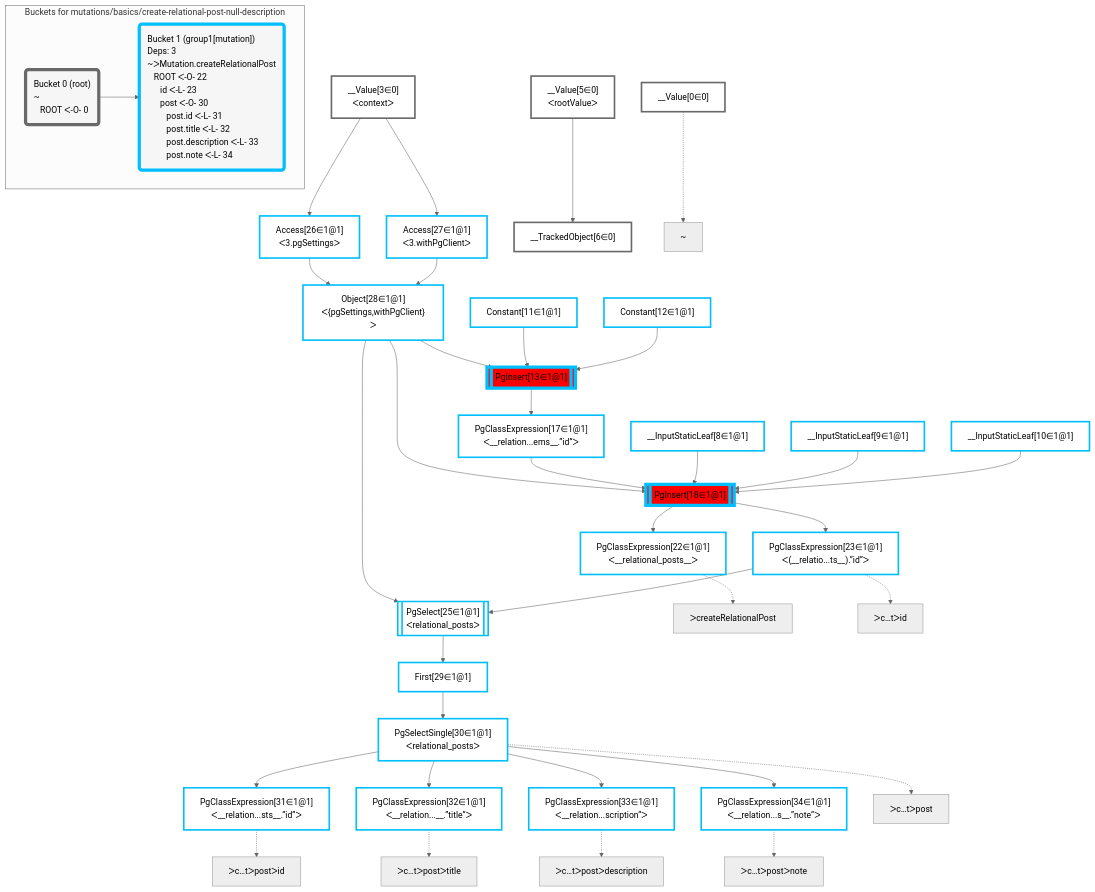
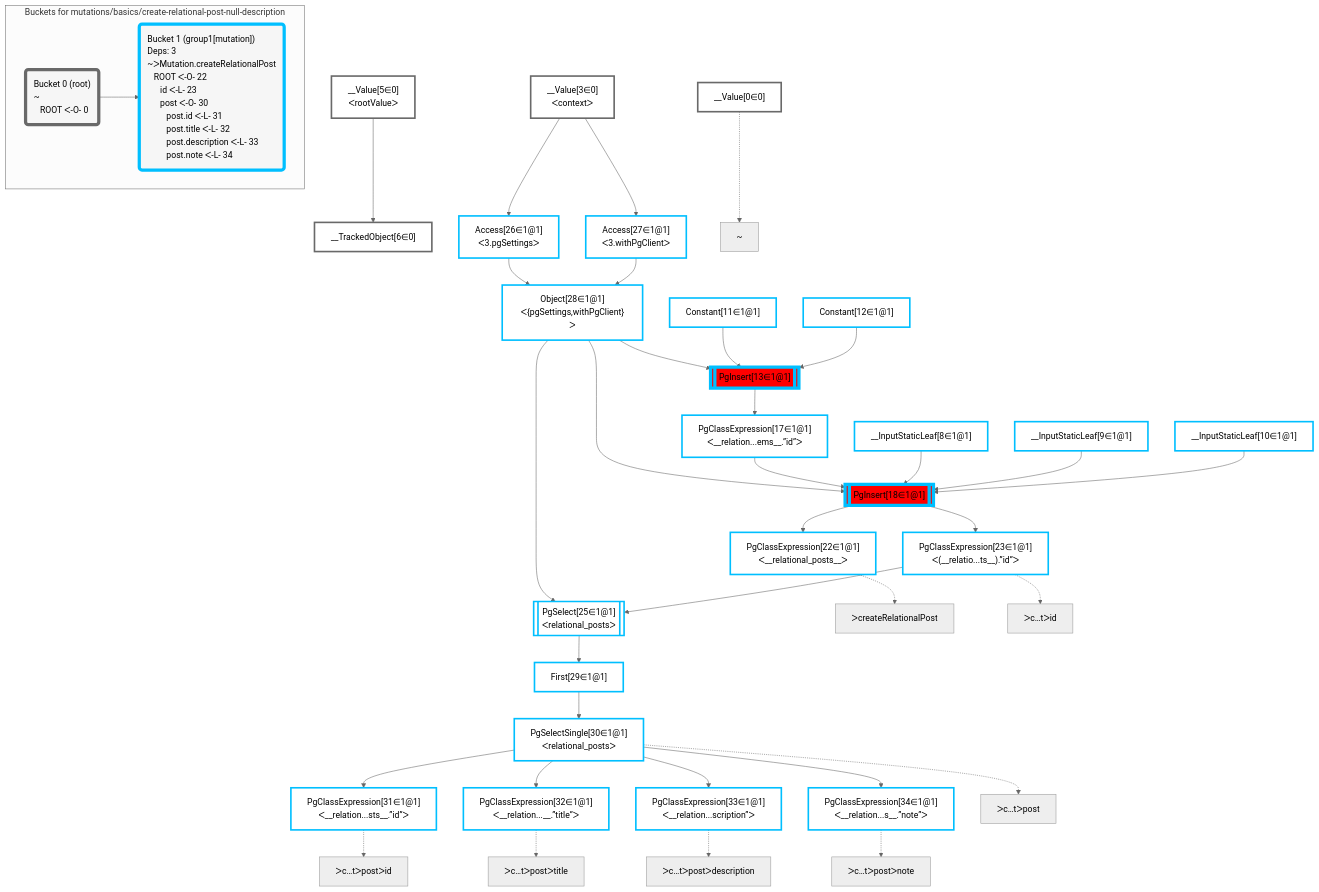
Before and after one commit to graphile/crystal: the diagram in packages/dataplan-pg/__tests__/mutations/basics/create-relational-post-null-description.mermaid.md, drawn with Mermaid (neutral theme). The commit also changed other lines of this file and 195 other files, not shown here.

Commit message:
Reorder graphs

````diff
--- a/packages/dataplan-pg/__tests__/mutations/basics/create-relational-post-null-description.mermaid.md
+++ b/packages/dataplan-pg/__tests__/mutations/basics/create-relational-post-null-description.mermaid.md
@@ -1,81 +1,81 @@
 ```mermaid
 graph TD
     classDef path fill:#eee,stroke:#000,color:#000
     classDef plan fill:#fff,stroke-width:3px,color:#000
     classDef itemplan fill:#fff,stroke-width:6px,color:#000
     classDef sideeffectplan fill:#f00,stroke-width:6px,color:#000
     classDef bucket fill:#f6f6f6,color:#000,stroke-width:6px,text-align:left
 
 
     %% define plans
     __Value0["__Value[0∈0]"]:::plan
-    PgClassExpression22["PgClassExpression[22∈1@1]<br />ᐸ__relational_posts__ᐳ"]:::plan
-    PgClassExpression31["PgClassExpression[31∈1@1]<br />ᐸ__relation...sts__.”id”ᐳ"]:::plan
-    PgClassExpression32["PgClassExpression[32∈1@1]<br />ᐸ__relation...__.”title”ᐳ"]:::plan
-    PgClassExpression33["PgClassExpression[33∈1@1]<br />ᐸ__relation...scription”ᐳ"]:::plan
-    PgClassExpression34["PgClassExpression[34∈1@1]<br />ᐸ__relation...s__.”note”ᐳ"]:::plan
-    PgSelectSingle30["PgSelectSingle[30∈1@1]<br />ᐸrelational_postsᐳ"]:::plan
-    First29["First[29∈1@1]"]:::plan
-    PgSelect25[["PgSelect[25∈1@1]<br />ᐸrelational_postsᐳ"]]:::plan
-    PgClassExpression23["PgClassExpression[23∈1@1]<br />ᐸ(__relatio...ts__).”id”ᐳ"]:::plan
-    PgInsert18[["PgInsert[18∈1@1]"]]:::sideeffectplan
-    PgClassExpression17["PgClassExpression[17∈1@1]<br />ᐸ__relation...ems__.”id”ᐳ"]:::plan
-    PgInsert13[["PgInsert[13∈1@1]"]]:::sideeffectplan
-    Object28["Object[28∈1@1]<br />ᐸ{pgSettings,withPgClient}ᐳ"]:::plan
-    Access26["Access[26∈1@1]<br />ᐸ3.pgSettingsᐳ"]:::plan
-    Access27["Access[27∈1@1]<br />ᐸ3.withPgClientᐳ"]:::plan
     __Value3["__Value[3∈0]<br />ᐸcontextᐳ"]:::plan
+    __Value5["__Value[5∈0]<br />ᐸrootValueᐳ"]:::plan
     __TrackedObject6["__TrackedObject[6∈0]"]:::plan
-    __Value5["__Value[5∈0]<br />ᐸrootValueᐳ"]:::plan
     __InputStaticLeaf8["__InputStaticLeaf[8∈1@1]"]:::plan
     __InputStaticLeaf9["__InputStaticLeaf[9∈1@1]"]:::plan
     __InputStaticLeaf10["__InputStaticLeaf[10∈1@1]"]:::plan
     Constant11["Constant[11∈1@1]"]:::plan
     Constant12["Constant[12∈1@1]"]:::plan
+    Access26["Access[26∈1@1]<br />ᐸ3.pgSettingsᐳ"]:::plan
+    Access27["Access[27∈1@1]<br />ᐸ3.withPgClientᐳ"]:::plan
+    Object28["Object[28∈1@1]<br />ᐸ{pgSettings,withPgClient}ᐳ"]:::plan
+    PgInsert13[["PgInsert[13∈1@1]"]]:::sideeffectplan
+    PgClassExpression17["PgClassExpression[17∈1@1]<br />ᐸ__relation...ems__.”id”ᐳ"]:::plan
+    PgInsert18[["PgInsert[18∈1@1]"]]:::sideeffectplan
+    PgClassExpression22["PgClassExpression[22∈1@1]<br />ᐸ__relational_posts__ᐳ"]:::plan
+    PgClassExpression23["PgClassExpression[23∈1@1]<br />ᐸ(__relatio...ts__).”id”ᐳ"]:::plan
+    PgSelect25[["PgSelect[25∈1@1]<br />ᐸrelational_postsᐳ"]]:::plan
+    First29["First[29∈1@1]"]:::plan
+    PgSelectSingle30["PgSelectSingle[30∈1@1]<br />ᐸrelational_postsᐳ"]:::plan
+    PgClassExpression31["PgClassExpression[31∈1@1]<br />ᐸ__relation...sts__.”id”ᐳ"]:::plan
+    PgClassExpression32["PgClassExpression[32∈1@1]<br />ᐸ__relation...__.”title”ᐳ"]:::plan
+    PgClassExpression33["PgClassExpression[33∈1@1]<br />ᐸ__relation...scription”ᐳ"]:::plan
+    PgClassExpression34["PgClassExpression[34∈1@1]<br />ᐸ__relation...s__.”note”ᐳ"]:::plan
 
     %% plan dependencies
+    __Value5 --> __TrackedObject6
+    __Value3 --> Access26
+    __Value3 --> Access27
+    Access26 & Access27 --> Object28
+    Object28 & Constant11 & Constant12 --> PgInsert13
+    PgInsert13 --> PgClassExpression17
+    Object28 & PgClassExpression17 & __InputStaticLeaf8 & __InputStaticLeaf9 & __InputStaticLeaf10 --> PgInsert18
     PgInsert18 --> PgClassExpression22
+    PgInsert18 --> PgClassExpression23
+    Object28 & PgClassExpression23 --> PgSelect25
+    PgSelect25 --> First29
+    First29 --> PgSelectSingle30
     PgSelectSingle30 --> PgClassExpression31
     PgSelectSingle30 --> PgClassExpression32
     PgSelectSingle30 --> PgClassExpression33
     PgSelectSingle30 --> PgClassExpression34
-    First29 --> PgSelectSingle30
-    PgSelect25 --> First29
-    Object28 & PgClassExpression23 --> PgSelect25
-    PgInsert18 --> PgClassExpression23
-    Object28 & PgClassExpression17 & __InputStaticLeaf8 & __InputStaticLeaf9 & __InputStaticLeaf10 --> PgInsert18
-    PgInsert13 --> PgClassExpression17
-    Object28 & Constant11 & Constant12 --> PgInsert13
-    Access26 & Access27 --> Object28
-    __Value3 --> Access26
-    __Value3 --> Access27
-    __Value5 --> __TrackedObject6
 
     %% plan-to-path relationships
     P0["~"]
     __Value0 -.-> P0
     P22["ᐳcreateRelationalPost"]
     PgClassExpression22 -.-> P22
     P23["ᐳc…tᐳid"]
     PgClassExpression23 -.-> P23
     P30["ᐳc…tᐳpost"]
     PgSelectSingle30 -.-> P30
     P31["ᐳc…tᐳpostᐳid"]
     PgClassExpression31 -.-> P31
     P32["ᐳc…tᐳpostᐳtitle"]
     PgClassExpression32 -.-> P32
     P33["ᐳc…tᐳpostᐳdescription"]
     PgClassExpression33 -.-> P33
     P34["ᐳc…tᐳpostᐳnote"]
     PgClassExpression34 -.-> P34
 
     subgraph "Buckets for mutations/basics/create-relational-post-null-description"
     Bucket0("Bucket 0 (root)<br />~<br />⠀ROOT ᐸ-O- 0"):::bucket
     classDef bucket0 stroke:#696969
     class Bucket0,__Value0,__Value3,__Value5,__TrackedObject6 bucket0
     Bucket1("Bucket 1 (group1[mutation])<br />Deps: 3<br />~ᐳMutation.createRelationalPost<br />⠀ROOT ᐸ-O- 22<br />⠀⠀id ᐸ-L- 23<br />⠀⠀post ᐸ-O- 30<br />⠀⠀⠀post.id ᐸ-L- 31<br />⠀⠀⠀post.title ᐸ-L- 32<br />⠀⠀⠀post.description ᐸ-L- 33<br />⠀⠀⠀post.note ᐸ-L- 34"):::bucket
     classDef bucket1 stroke:#00bfff
     class Bucket1,__InputStaticLeaf8,__InputStaticLeaf9,__InputStaticLeaf10,Constant11,Constant12,PgInsert13,PgClassExpression17,PgInsert18,PgClassExpression22,PgClassExpression23,PgSelect25,Access26,Access27,Object28,First29,PgSelectSingle30,PgClassExpression31,PgClassExpression32,PgClassExpression33,PgClassExpression34 bucket1
     Bucket0 --> Bucket1
     end
 ```
````
